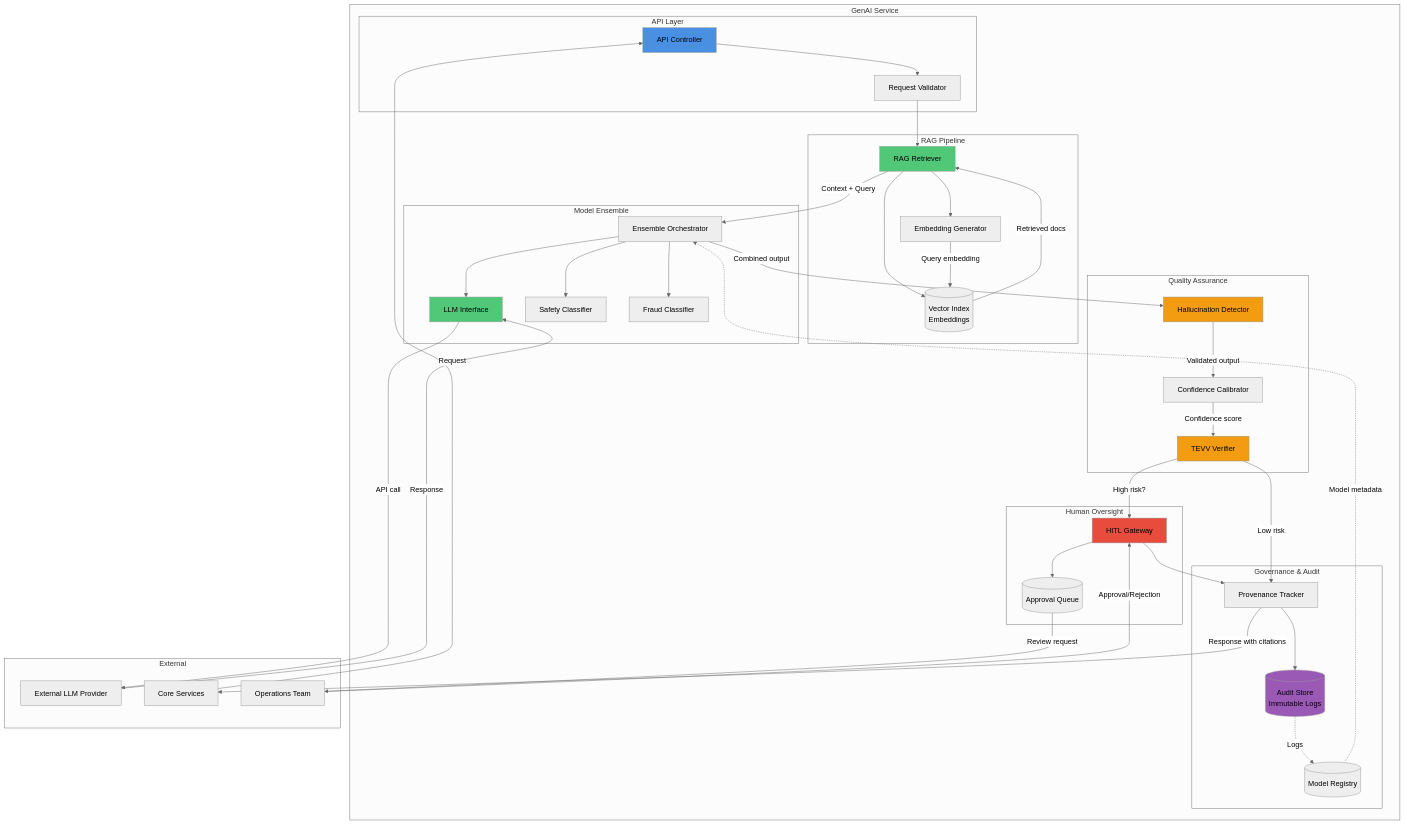
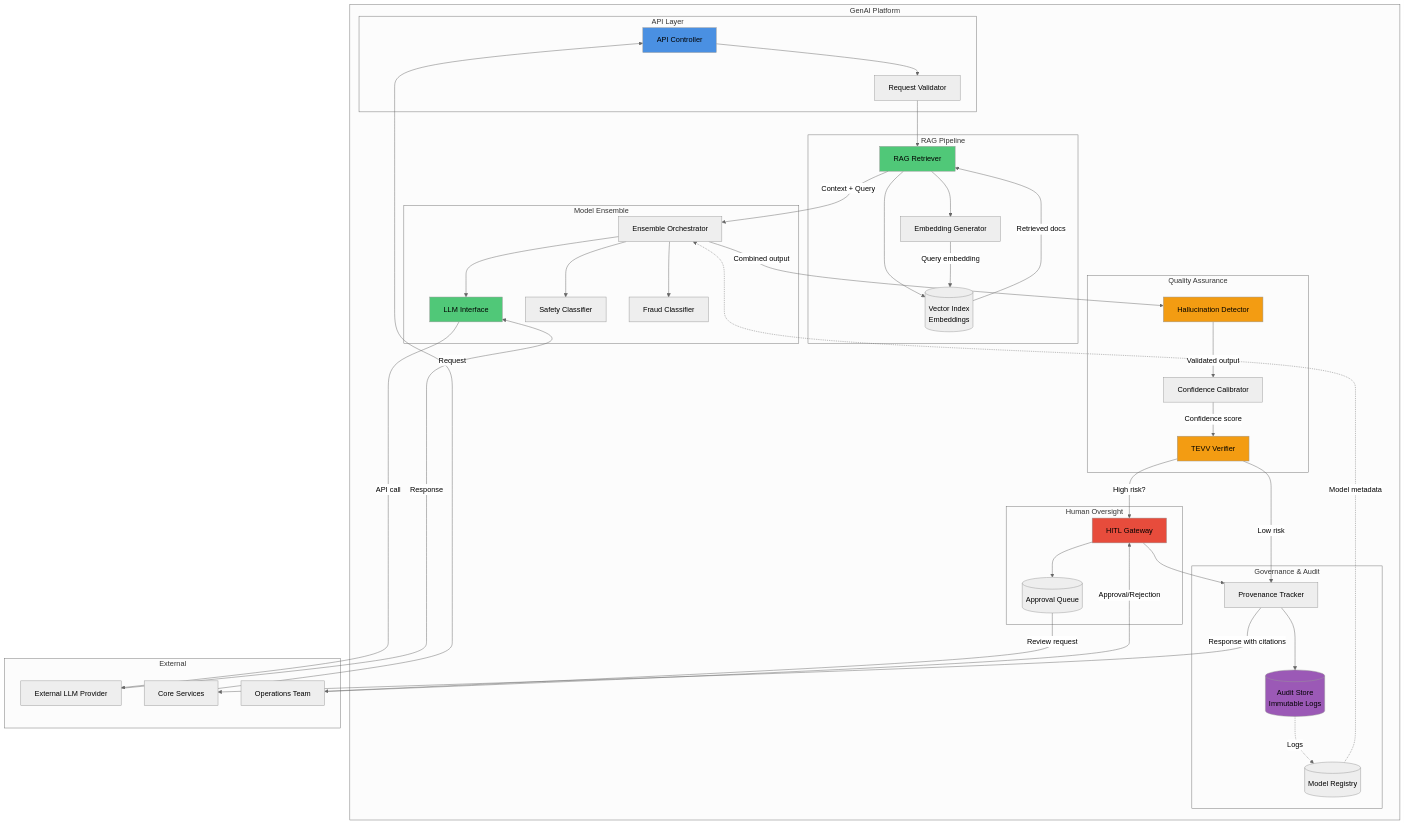
Before and after one commit to vanderleisilva/uncacheable: the diagram in resources/diagrams/genai-subsystem/genai-component-diagram.md, drawn with Mermaid (neutral theme). The commit also changed other lines of this file and 4 other files, not shown here.

Commit message:
GenAI overall component architecture

````diff
--- a/resources/diagrams/genai-subsystem/genai-component-diagram.md
+++ b/resources/diagrams/genai-subsystem/genai-component-diagram.md
@@ -41,6 +41,6 @@
 ```mermaid
 graph TB
-    subgraph "GenAI Service"
+    subgraph "GenAI Platform"
         subgraph "API Layer"
             API[API Controller]
             Validator[Request Validator]
````
